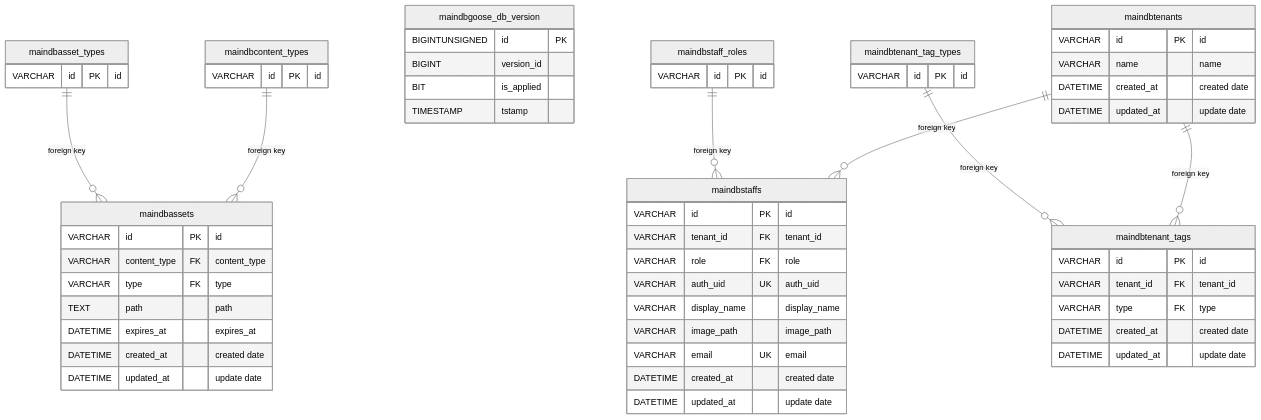
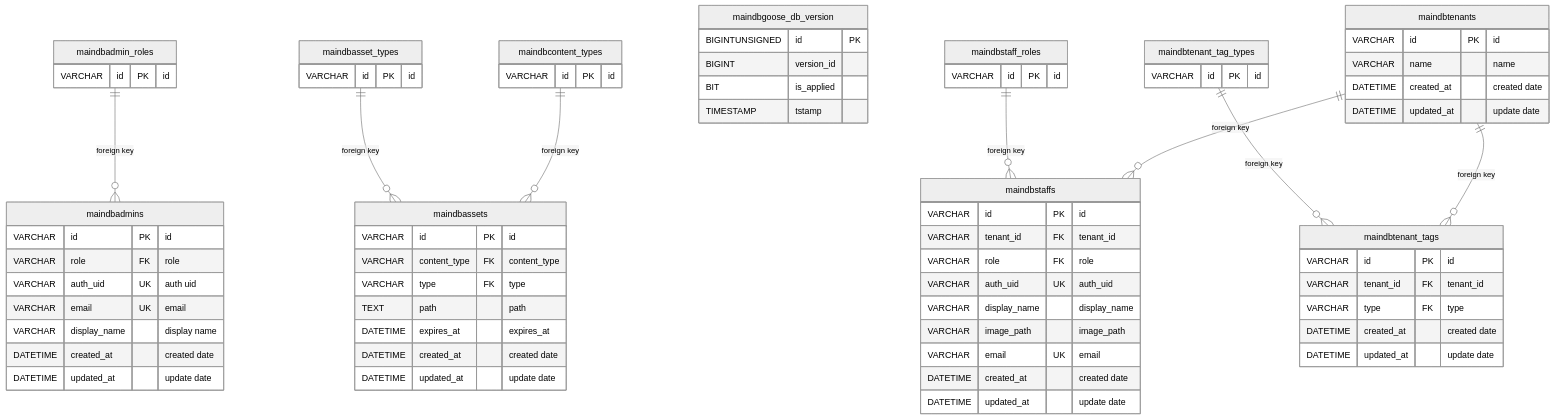
One commit to abyssparanoia/rapid-go changed the diagram in db/mysql/mermaid.mmd. Above: the diagram before and after it, drawn with Mermaid (neutral theme). The commit also changed 98 other files, not shown here.

```diff
--- a/db/mysql/mermaid.mmd
+++ b/db/mysql/mermaid.mmd
@@ -1,68 +1,83 @@
 erDiagram
+
+  maindbadmin_roles {
+    VARCHAR id PK "id"
+  }
 
   maindbasset_types {
     VARCHAR id PK "id"
   }
 
   maindbcontent_types {
     VARCHAR id PK "id"
   }
 
   maindbgoose_db_version {
     BIGINTUNSIGNED id PK
     BIGINT version_id
     BIT is_applied
     TIMESTAMP tstamp
   }
 
   maindbstaff_roles {
     VARCHAR id PK "id"
   }
 
   maindbtenant_tag_types {
     VARCHAR id PK "id"
   }
 
   maindbtenants {
     VARCHAR id PK "id"
     VARCHAR name "name"
+    DATETIME created_at "created date"
+    DATETIME updated_at "update date"
+  }
+
+  maindbadmins {
+    VARCHAR id PK "id"
+    VARCHAR role FK "role"
+    VARCHAR auth_uid UK "auth uid"
+    VARCHAR email UK "email"
+    VARCHAR display_name "display name"
     DATETIME created_at "created date"
     DATETIME updated_at "update date"
   }
 
   maindbassets {
     VARCHAR id PK "id"
     VARCHAR content_type FK "content_type"
     VARCHAR type FK "type"
     TEXT path "path"
     DATETIME expires_at "expires_at"
     DATETIME created_at "created date"
     DATETIME updated_at "update date"
   }
 
   maindbstaffs {
     VARCHAR id PK "id"
     VARCHAR tenant_id FK "tenant_id"
     VARCHAR role FK "role"
     VARCHAR auth_uid UK "auth_uid"
     VARCHAR display_name "display_name"
     VARCHAR image_path "image_path"
     VARCHAR email UK "email"
     DATETIME created_at "created date"
     DATETIME updated_at "update date"
   }
 
   maindbtenant_tags {
     VARCHAR id PK "id"
     VARCHAR tenant_id FK "tenant_id"
     VARCHAR type FK "type"
     DATETIME created_at "created date"
     DATETIME updated_at "update date"
   }
 
+  maindbadmin_roles ||--o{ maindbadmins : "foreign key"
   maindbasset_types ||--o{ maindbassets : "foreign key"
   maindbcontent_types ||--o{ maindbassets : "foreign key"
   maindbstaff_roles ||--o{ maindbstaffs : "foreign key"
   maindbtenant_tag_types ||--o{ maindbtenant_tags : "foreign key"
   maindbtenants ||--o{ maindbstaffs : "foreign key"
   maindbtenants ||--o{ maindbtenant_tags : "foreign key"
```
